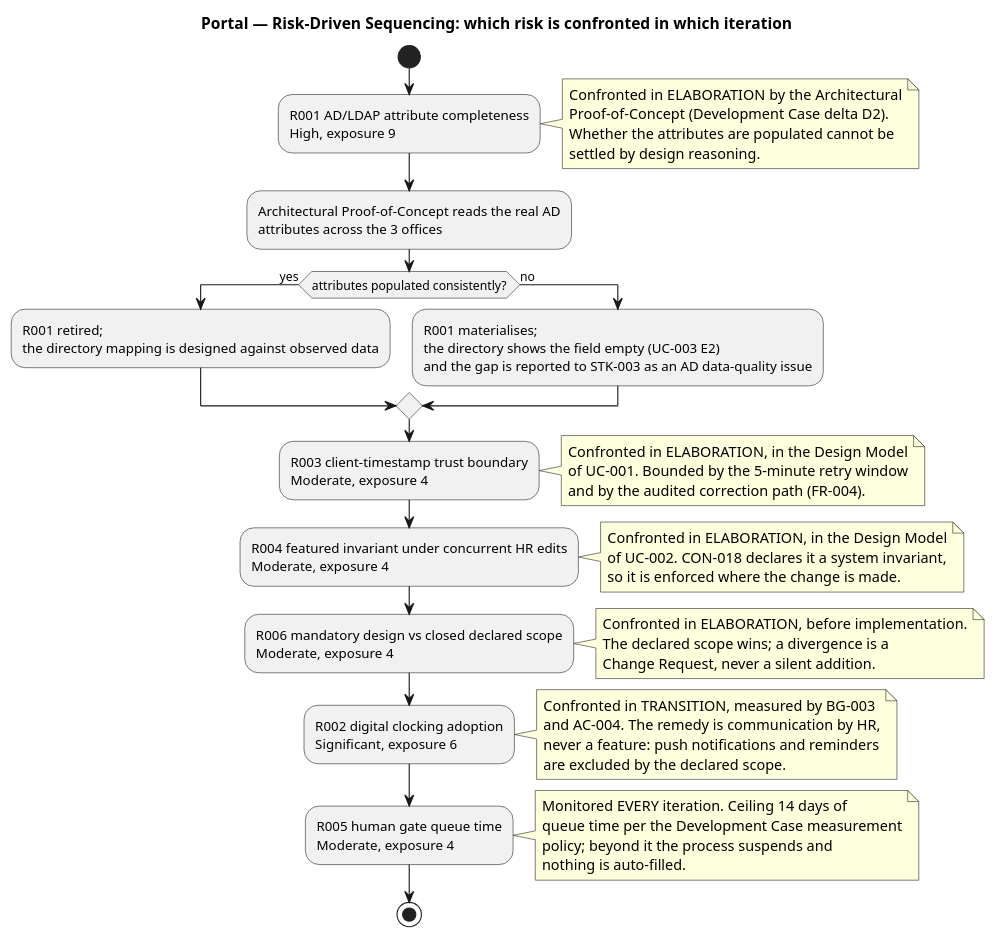
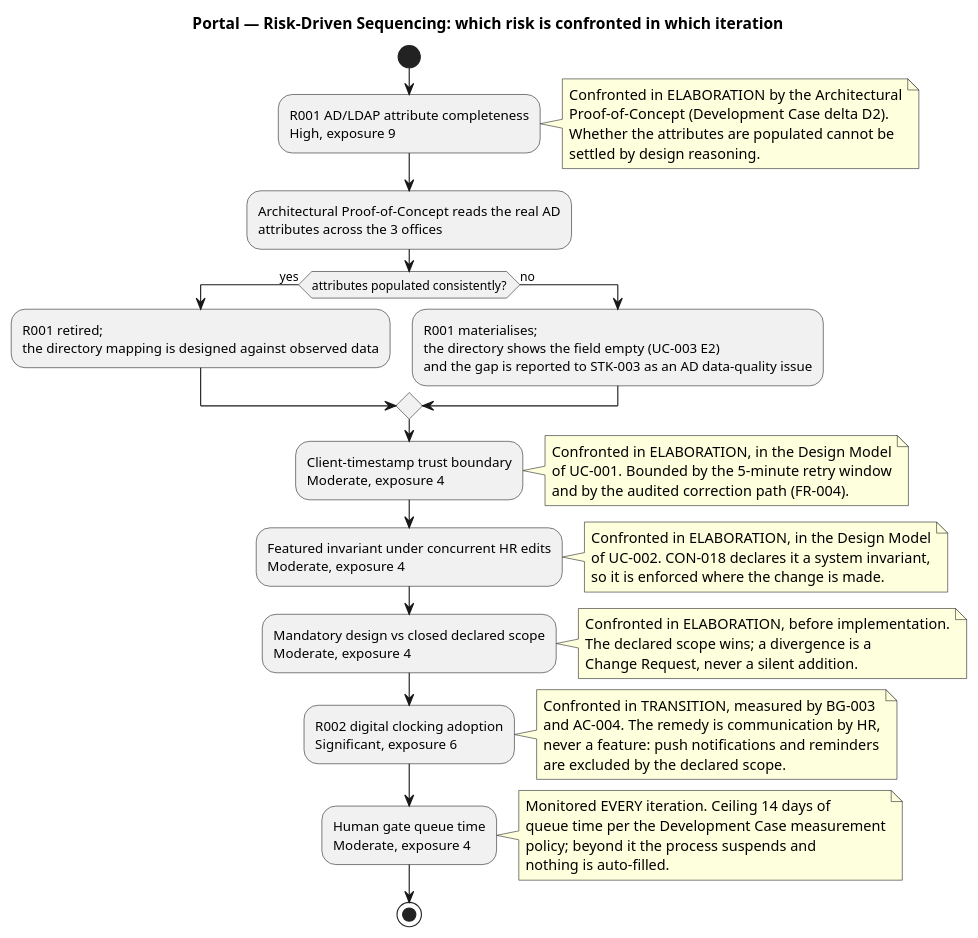
One commit to banense-test/portal changed the second of 2 diagrams in docs/artifacts/project-management/risk-list.md. Above: the diagram before and after it, drawn with PlantUML. The commit also changed other lines of this file, not shown here.

````diff
--- a/docs/artifacts/project-management/risk-list.md
+++ b/docs/artifacts/project-management/risk-list.md
@@ -137,53 +155,53 @@
 ```plantuml
 @startuml
 title Portal — Risk-Driven Sequencing: which risk is confronted in which iteration
 
 start
 :R001 AD/LDAP attribute completeness\nHigh, exposure 9;
 note right
   Confronted in ELABORATION by the Architectural
   Proof-of-Concept (Development Case delta D2).
   Whether the attributes are populated cannot be
   settled by design reasoning.
 end note
 :Architectural Proof-of-Concept reads the real AD\nattributes across the 3 offices;
 if (attributes populated consistently?) then (yes)
   :R001 retired;\nthe directory mapping is designed against observed data;
 else (no)
   :R001 materialises;\nthe directory shows the field empty (UC-003 E2)\nand the gap is reported to STK-003 as an AD data-quality issue;
 endif
-:R003 client-timestamp trust boundary\nModerate, exposure 4;
+:Client-timestamp trust boundary\nModerate, exposure 4;
 note right
   Confronted in ELABORATION, in the Design Model
   of UC-001. Bounded by the 5-minute retry window
   and by the audited correction path (FR-004).
 end note
-:R004 featured invariant under concurrent HR edits\nModerate, exposure 4;
+:Featured invariant under concurrent HR edits\nModerate, exposure 4;
 note right
   Confronted in ELABORATION, in the Design Model
   of UC-002. CON-018 declares it a system invariant,
   so it is enforced where the change is made.
 end note
-:R006 mandatory design vs closed declared scope\nModerate, exposure 4;
+:Mandatory design vs closed declared scope\nModerate, exposure 4;
 note right
   Confronted in ELABORATION, before implementation.
   The declared scope wins; a divergence is a
   Change Request, never a silent addition.
 end note
 :R002 digital clocking adoption\nSignificant, exposure 6;
 note right
   Confronted in TRANSITION, measured by BG-003
   and AC-004. The remedy is communication by HR,
   never a feature: push notifications and reminders
   are excluded by the declared scope.
 end note
-:R005 human gate queue time\nModerate, exposure 4;
+:Human gate queue time\nModerate, exposure 4;
 note right
   Monitored EVERY iteration. Ceiling 14 days of
   queue time per the Development Case measurement
   policy; beyond it the process suspends and
   nothing is auto-filled.
 end note
 stop
 @enduml
 ```
````
